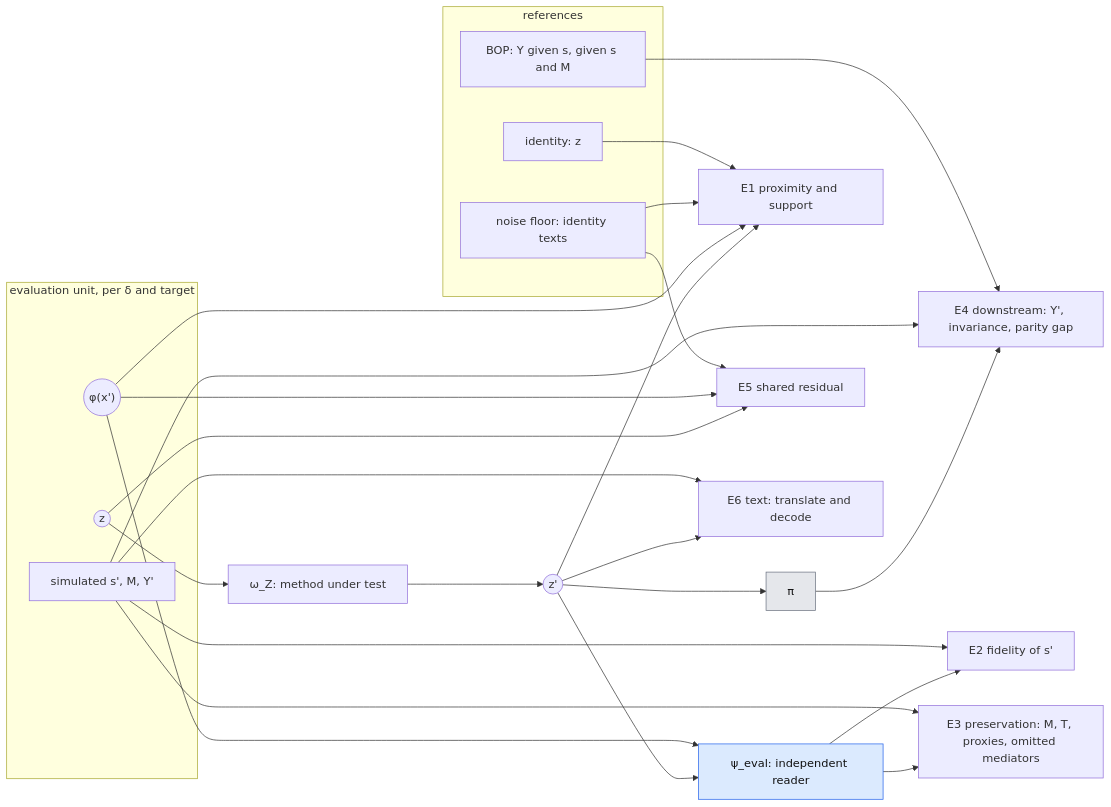
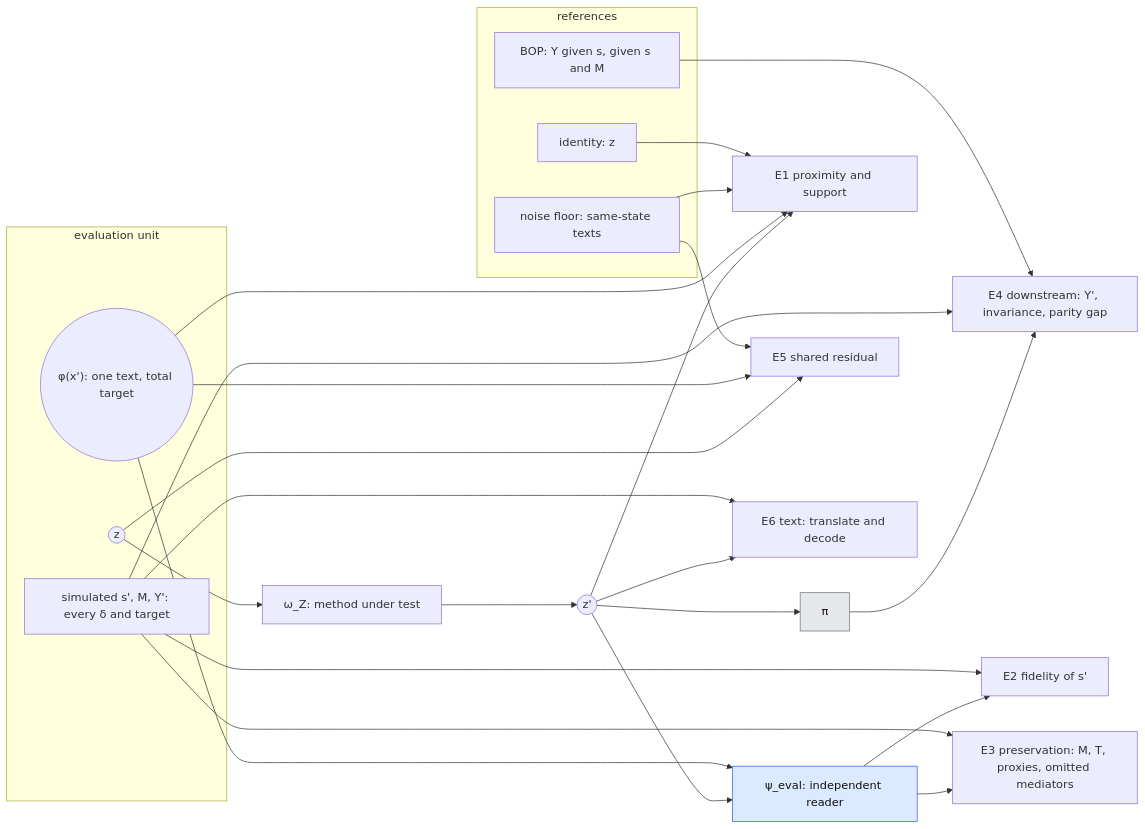
Before and after one commit to kestelnadomu/latent_intervention: the third of 3 diagrams in docs/experiments/wrong_symbolic_model.md, drawn with Mermaid. The commit also changed other lines of this file and 9 other files, not shown here.

````diff
--- a/docs/experiments/wrong_symbolic_model.md
+++ b/docs/experiments/wrong_symbolic_model.md
@@ -345,35 +276,35 @@
 ```mermaid
 flowchart LR
-  subgraph UNIT["evaluation unit, per δ and target"]
+  subgraph UNIT["evaluation unit"]
     z((z))
-    zt(("φ(x')"))
-    truth["simulated s', M, Y'"]
+    zt(("φ(x'): one text, total target"))
+    truth["simulated s', M, Y': every δ and target"]
   end
   z --> om["ω_Z: method under test"] --> zp(("z'"))
   subgraph REF["references"]
     id["identity: z"]
-    floor["noise floor: identity texts"]
+    floor["noise floor: same-state texts"]
     bop["BOP: Y given s, given s and M"]
   end
   zp --> pe["ψ_eval: independent reader"]
   zt --> pe
   zp --> E1["E1 proximity and support"]
   zt --> E1
   floor --> E1
   id --> E1
   pe --> E2["E2 fidelity of s'"]
   pe --> E3["E3 preservation: M, T, proxies, omitted mediators"]
   truth --> E2 & E3
   zp --> pi["π"] --> E4["E4 downstream: Y', invariance, parity gap"]
   truth --> E4
   bop --> E4
   z --> E5["E5 shared residual"]
   zt --> E5
   floor --> E5
   zp --> E6["E6 text: translate and decode"]
   truth --> E6
   classDef learned fill:#dbeafe,stroke:#2563eb,color:#111
   classDef frozen fill:#e5e7eb,stroke:#6b7280,color:#111
   class pe learned
   class pi frozen
 ```
````
